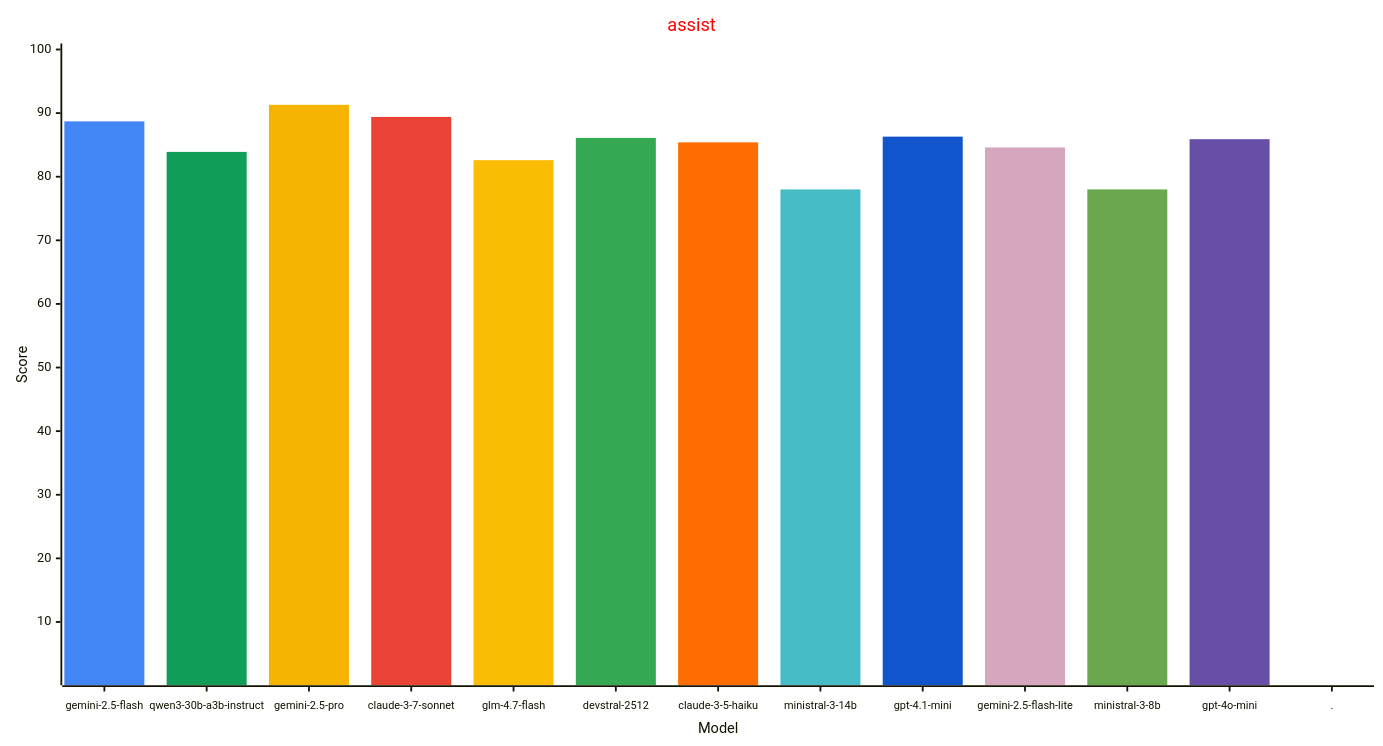
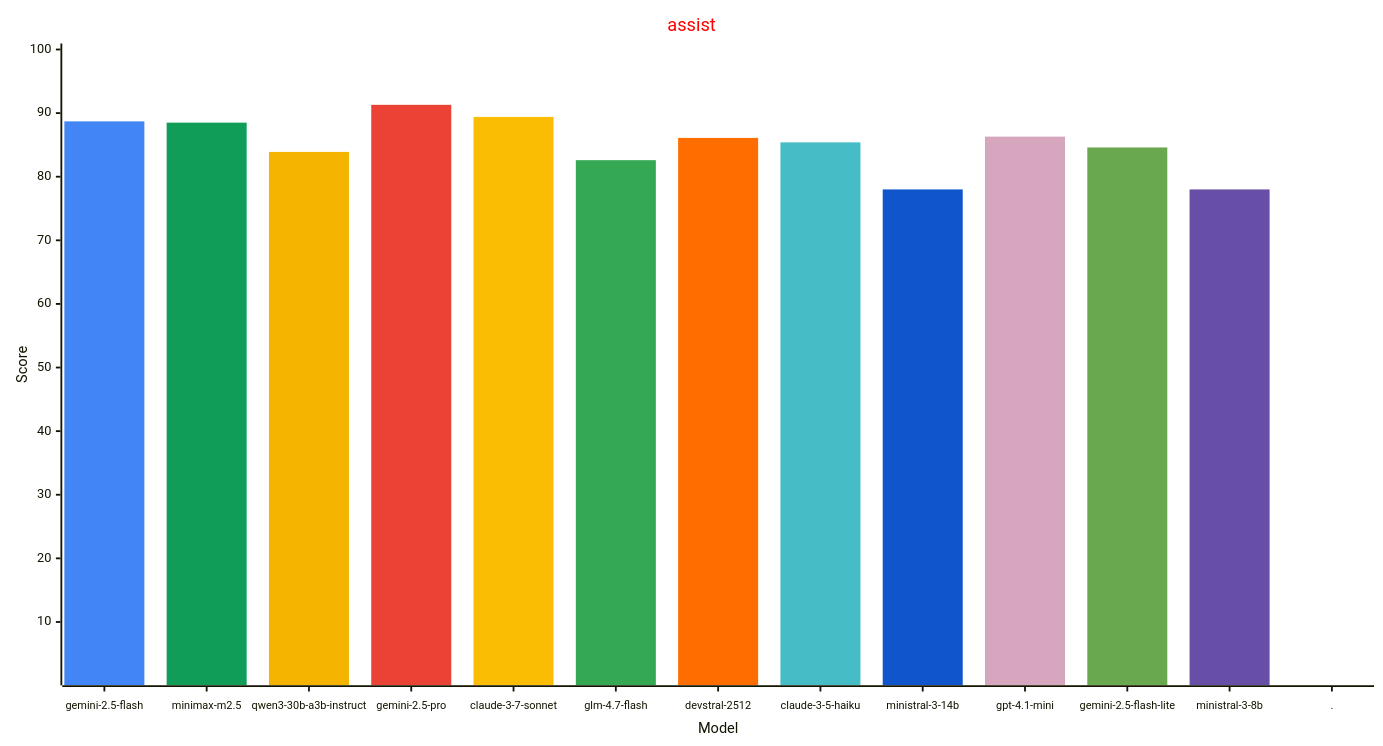
The first of 4 diagrams in reports/README.md (allenporter/home-assistant-datasets), drawn with Mermaid before and after one commit. The commit also changed other lines of this file and 1083 other files, not shown here.

````diff
--- a/reports/README.md
+++ b/reports/README.md
@@ -57,33 +58,33 @@
 ```mermaid
 ---
 config:
     xyChart:
         width: 1500
         height: 800
         xAxis:
           labelFontSize: 12
           labelPadding: 8
     themeVariables:
         xyChart:
             titleColor: "#ff0000"
             plotColorPalette: "#4285f4, #0f9d58, #f4b400, #ea4335, #fbbc04, #34a853, #ff6d01, #46bdc6, #1155cc, #d5a6bd, #6aa84f, #674ea7, #4285f4"
 
 ---
 xychart-beta
   title "assist"
-  x-axis "Model" [gemini-2.5-flash, qwen3-30b-a3b-instruct, gemini-2.5-pro, claude-3-7-sonnet, glm-4.7-flash, devstral-2512, claude-3-5-haiku, ministral-3-14b, gpt-4.1-mini, gemini-2.5-flash-lite, ministral-3-8b, gpt-4o-mini, .]
+  x-axis "Model" [gemini-2.5-flash, minimax-m2.5, qwen3-30b-a3b-instruct, gemini-2.5-pro, claude-3-7-sonnet, glm-4.7-flash, devstral-2512, claude-3-5-haiku, ministral-3-14b, gpt-4.1-mini, gemini-2.5-flash-lite, ministral-3-8b, .]
   y-axis "Score" 1 --> 100
   bar [88.7, 0.0, 0.0, 0.0, 0.0, 0.0, 0.0, 0.0, 0.0, 0.0, 0.0, 0.0, 0.0]
-  bar [0.0, 83.9, 0.0, 0.0, 0.0, 0.0, 0.0, 0.0, 0.0, 0.0, 0.0, 0.0, 0.0]
-  bar [0.0, 0.0, 91.3, 0.0, 0.0, 0.0, 0.0, 0.0, 0.0, 0.0, 0.0, 0.0, 0.0]
-  bar [0.0, 0.0, 0.0, 89.4, 0.0, 0.0, 0.0, 0.0, 0.0, 0.0, 0.0, 0.0, 0.0]
-  bar [0.0, 0.0, 0.0, 0.0, 82.6, 0.0, 0.0, 0.0, 0.0, 0.0, 0.0, 0.0, 0.0]
-  bar [0.0, 0.0, 0.0, 0.0, 0.0, 86.1, 0.0, 0.0, 0.0, 0.0, 0.0, 0.0, 0.0]
-  bar [0.0, 0.0, 0.0, 0.0, 0.0, 0.0, 85.4, 0.0, 0.0, 0.0, 0.0, 0.0, 0.0]
-  bar [0.0, 0.0, 0.0, 0.0, 0.0, 0.0, 0.0, 78.0, 0.0, 0.0, 0.0, 0.0, 0.0]
-  bar [0.0, 0.0, 0.0, 0.0, 0.0, 0.0, 0.0, 0.0, 86.3, 0.0, 0.0, 0.0, 0.0]
-  bar [0.0, 0.0, 0.0, 0.0, 0.0, 0.0, 0.0, 0.0, 0.0, 84.6, 0.0, 0.0, 0.0]
-  bar [0.0, 0.0, 0.0, 0.0, 0.0, 0.0, 0.0, 0.0, 0.0, 0.0, 78.0, 0.0, 0.0]
-  bar [0.0, 0.0, 0.0, 0.0, 0.0, 0.0, 0.0, 0.0, 0.0, 0.0, 0.0, 85.9, 0.0]
+  bar [0.0, 88.5, 0.0, 0.0, 0.0, 0.0, 0.0, 0.0, 0.0, 0.0, 0.0, 0.0, 0.0]
+  bar [0.0, 0.0, 83.9, 0.0, 0.0, 0.0, 0.0, 0.0, 0.0, 0.0, 0.0, 0.0, 0.0]
+  bar [0.0, 0.0, 0.0, 91.3, 0.0, 0.0, 0.0, 0.0, 0.0, 0.0, 0.0, 0.0, 0.0]
+  bar [0.0, 0.0, 0.0, 0.0, 89.4, 0.0, 0.0, 0.0, 0.0, 0.0, 0.0, 0.0, 0.0]
+  bar [0.0, 0.0, 0.0, 0.0, 0.0, 82.6, 0.0, 0.0, 0.0, 0.0, 0.0, 0.0, 0.0]
+  bar [0.0, 0.0, 0.0, 0.0, 0.0, 0.0, 86.1, 0.0, 0.0, 0.0, 0.0, 0.0, 0.0]
+  bar [0.0, 0.0, 0.0, 0.0, 0.0, 0.0, 0.0, 85.4, 0.0, 0.0, 0.0, 0.0, 0.0]
+  bar [0.0, 0.0, 0.0, 0.0, 0.0, 0.0, 0.0, 0.0, 78.0, 0.0, 0.0, 0.0, 0.0]
+  bar [0.0, 0.0, 0.0, 0.0, 0.0, 0.0, 0.0, 0.0, 0.0, 86.3, 0.0, 0.0, 0.0]
+  bar [0.0, 0.0, 0.0, 0.0, 0.0, 0.0, 0.0, 0.0, 0.0, 0.0, 84.6, 0.0, 0.0]
+  bar [0.0, 0.0, 0.0, 0.0, 0.0, 0.0, 0.0, 0.0, 0.0, 0.0, 0.0, 78.0, 0.0]
   bar [0.0, 0.0, 0.0, 0.0, 0.0, 0.0, 0.0, 0.0, 0.0, 0.0, 0.0, 0.0, -1.0]
 ```
````
